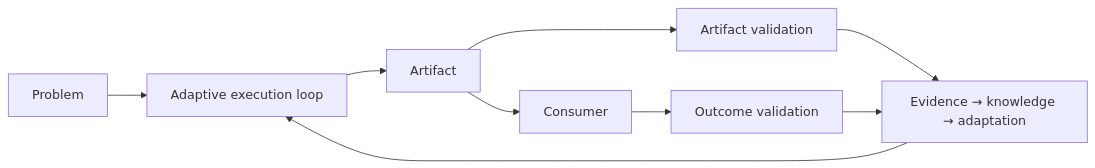
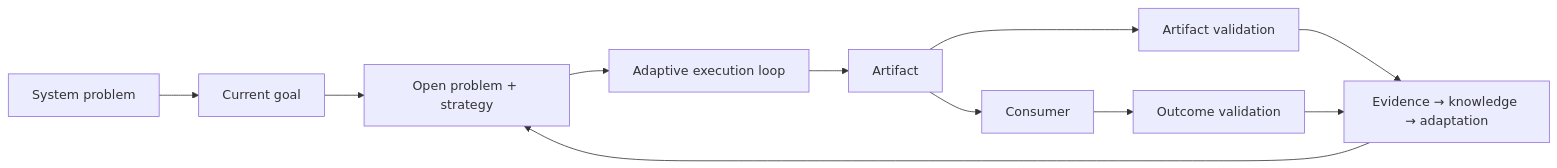
The fifth of 5 diagrams in framework/VISUALIZATION.md (flooper68/adaptive-problem-solving-systems), drawn with Mermaid before and after one commit. The commit also changed other lines of this file and 63 other files, not shown here.

Commit message:
feat: add goal-linked problem and task workflow

````diff
--- a/framework/VISUALIZATION.md
+++ b/framework/VISUALIZATION.md
@@ -109,11 +115,13 @@
 ```mermaid
 flowchart LR
-    problem["Problem"] --> process["Adaptive execution loop"]
+    problem["System problem"] --> goal["Current goal"]
+    goal --> openProblem["Open problem + strategy"]
+    openProblem --> process["Adaptive execution loop"]
     process --> artifact["Artifact"]
     artifact --> consumer["Consumer"]
     artifact --> artifactCheck["Artifact validation"]
     consumer --> outcomeCheck["Outcome validation"]
     artifactCheck --> learning["Evidence → knowledge → adaptation"]
     outcomeCheck --> learning
-    learning --> process
+    learning --> openProblem
 ```
````
